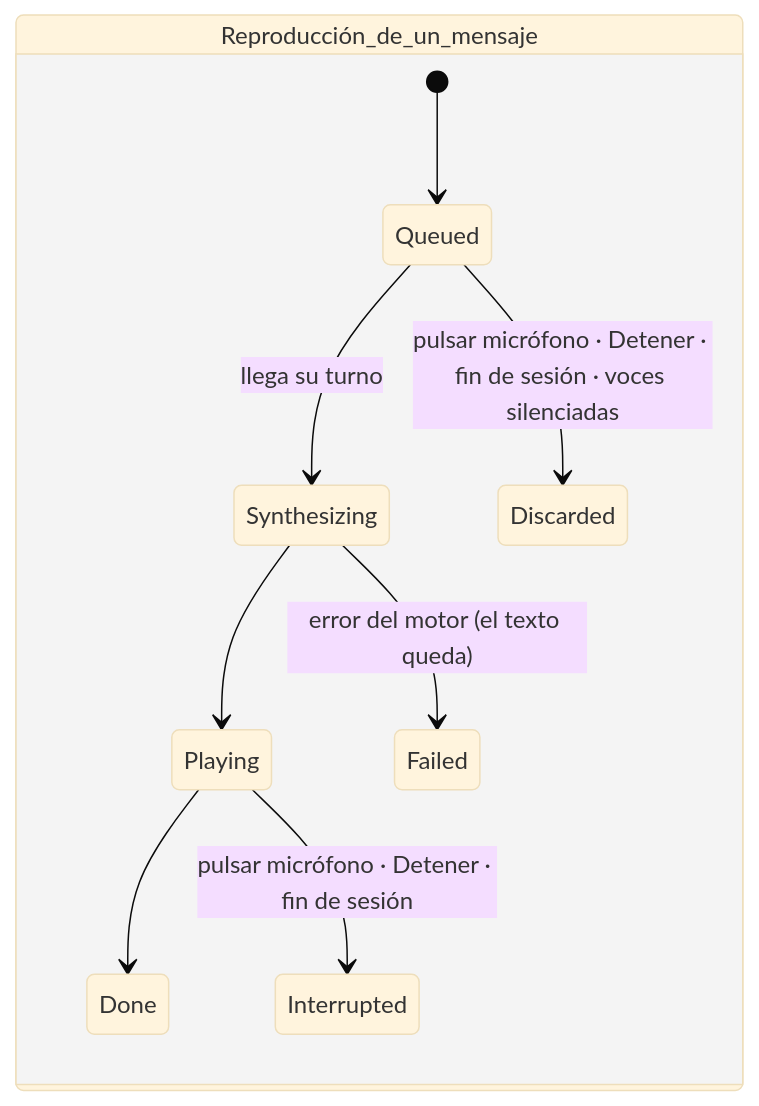
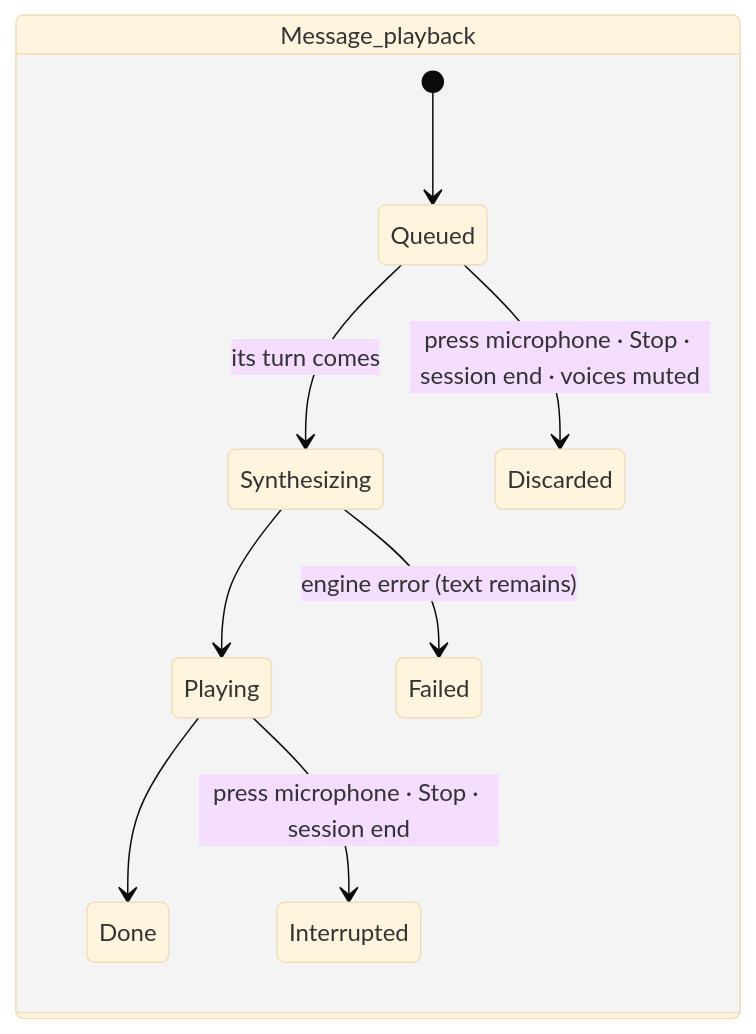
The second of 2 diagrams in docs/architecture/voice-engine.md (Dach3r/meelting), drawn with Mermaid (base theme) before and after one commit. The commit also changed other lines of this file, not shown here.

Commit message:
📝 docs(voice-engine): translate to english

````diff
--- a/docs/architecture/voice-engine.md
+++ b/docs/architecture/voice-engine.md
@@ -131,12 +131,12 @@
 ```mermaid
 stateDiagram-v2
-    state Reproducción_de_un_mensaje {
+    state Message_playback {
         [*] --> Queued
-        Queued --> Synthesizing: llega su turno
+        Queued --> Synthesizing: its turn comes
         Synthesizing --> Playing
         Playing --> Done
-        Playing --> Interrupted: pulsar micrófono · Detener · fin de sesión
-        Queued --> Discarded: pulsar micrófono · Detener · fin de sesión · voces silenciadas
-        Synthesizing --> Failed: error del motor (el texto queda)
+        Playing --> Interrupted: press microphone · Stop · session end
+        Queued --> Discarded: press microphone · Stop · session end · voices muted
+        Synthesizing --> Failed: engine error (text remains)
     }
 ```
````
